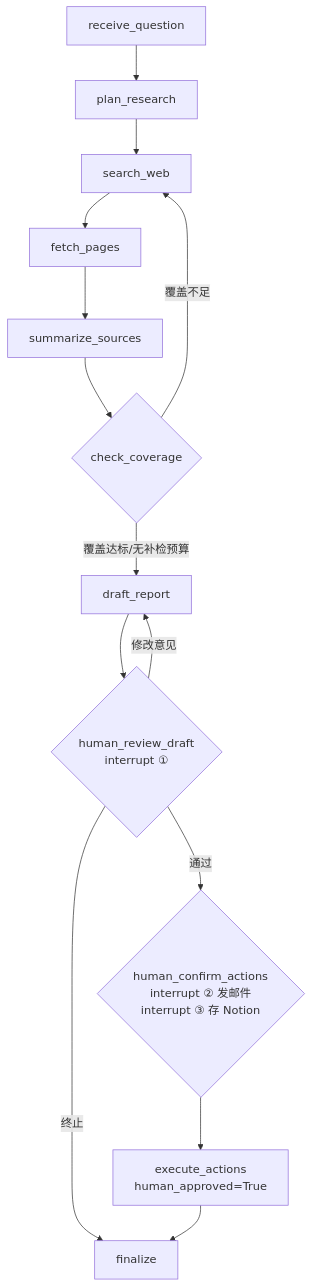
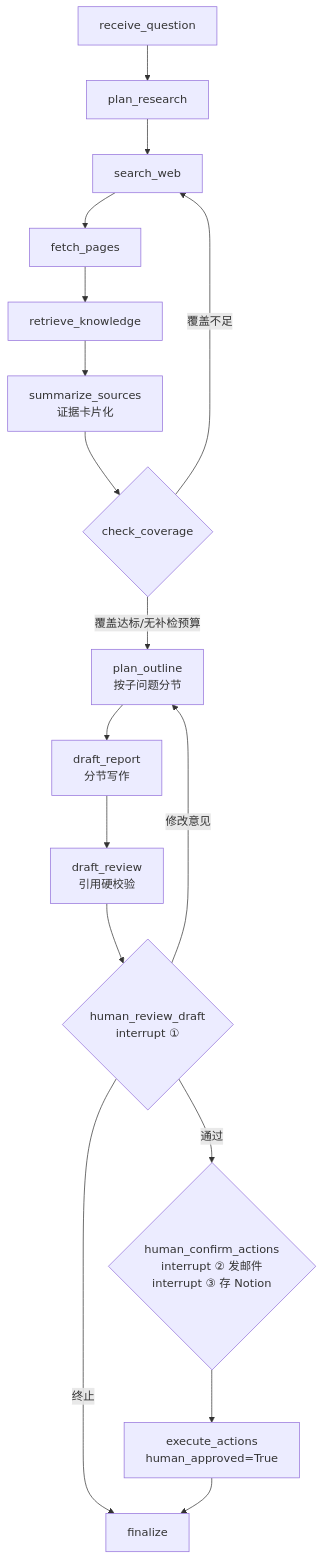
The diagram in PROJECT_SUMMARY.md (zc-hongjian/AI-yanju), drawn with Mermaid before and after one commit. The commit also changed other lines of this file and 11 other files, not shown here.

First line of the commit message:
feat: 报告质量闭环（证据卡片化 + 大纲 + 分节写作 + 引用硬校验）

````diff
--- a/PROJECT_SUMMARY.md
+++ b/PROJECT_SUMMARY.md
@@ -68,16 +69,19 @@
 ```mermaid
 flowchart TD
     A[receive_question] --> B[plan_research]
     B --> C[search_web]
     C --> D[fetch_pages]
-    D --> E[summarize_sources]
+    D --> K[retrieve_knowledge]
+    K --> E[summarize_sources<br/>证据卡片化]
     E --> Q{check_coverage}
     Q -- 覆盖不足 --> C
-    Q -- 覆盖达标/无补检预算 --> F[draft_report]
-    F --> G{human_review_draft<br/>interrupt ①}
+    Q -- 覆盖达标/无补检预算 --> O[plan_outline<br/>按子问题分节]
+    O --> F[draft_report<br/>分节写作]
+    F --> R[draft_review<br/>引用硬校验]
+    R --> G{human_review_draft<br/>interrupt ①}
     G -- 通过 --> H{human_confirm_actions<br/>interrupt ② 发邮件<br/>interrupt ③ 存 Notion}
-    G -- 修改意见 --> F
+    G -- 修改意见 --> O
     G -- 终止 --> J[finalize]
     H --> I[execute_actions<br/>human_approved=True]
     I --> J
 ```
````
